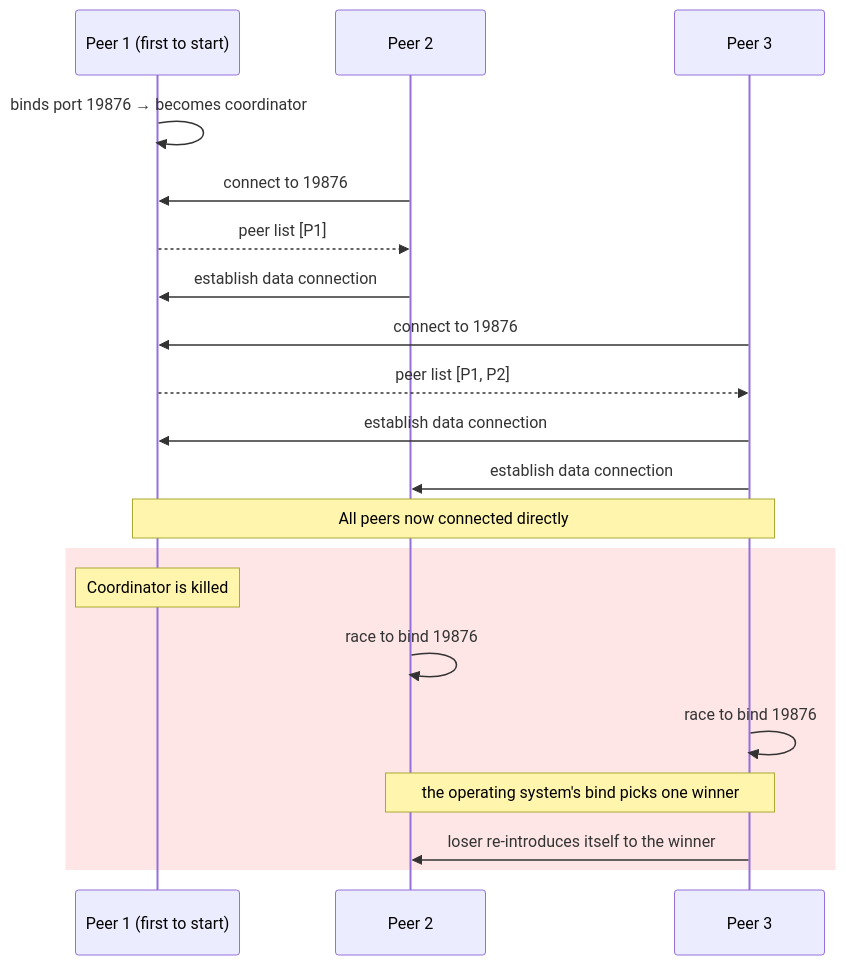
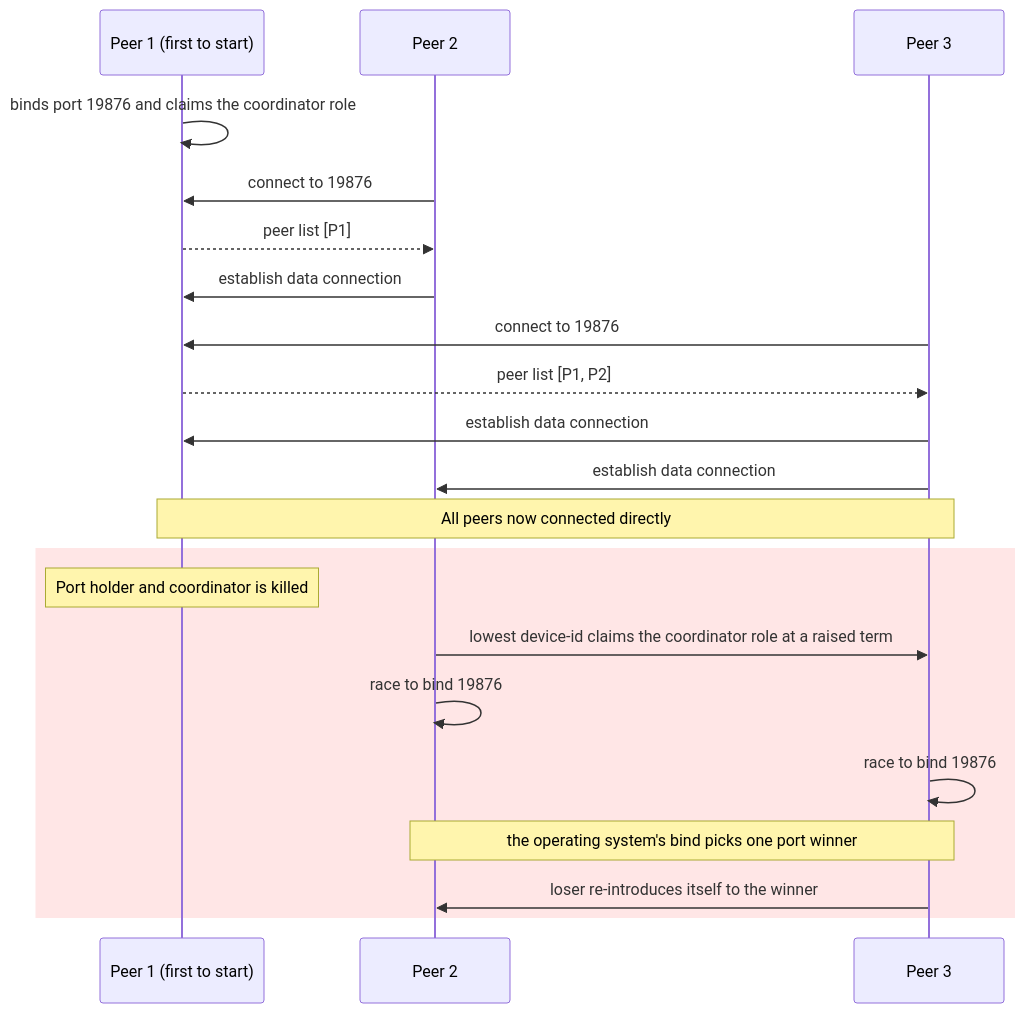
One commit to ExaDev/agent-comms changed the second of 4 diagrams in README.md. Above: the diagram before and after it, drawn with Mermaid. The commit also changed other lines of this file, not shown here.

Commit message:
docs: separate the elected coordinator role from the well-known port

````diff
--- a/README.md
+++ b/README.md
@@ -41,22 +41,23 @@
 ```mermaid
 sequenceDiagram
     participant P1 as Peer 1 (first to start)
     participant P2 as Peer 2
     participant P3 as Peer 3
-    P1->>P1: binds port 19876 → becomes coordinator
+    P1->>P1: binds port 19876 and claims the coordinator role
     P2->>P1: connect to 19876
     P1-->>P2: peer list [P1]
     P2->>P1: establish data connection
     P3->>P1: connect to 19876
     P1-->>P3: peer list [P1, P2]
     P3->>P1: establish data connection
     P3->>P2: establish data connection
     Note over P1,P3: All peers now connected directly
     rect rgb(255, 230, 230)
-        Note over P1: Coordinator is killed
+        Note over P1: Port holder and coordinator is killed
+        P2->>P3: lowest device-id claims the coordinator role at a raised term
         P2->>P2: race to bind 19876
         P3->>P3: race to bind 19876
-        Note over P2,P3: the operating system's bind picks one winner
+        Note over P2,P3: the operating system's bind picks one port winner
         P3->>P2: loser re-introduces itself to the winner
     end
 ```
````
